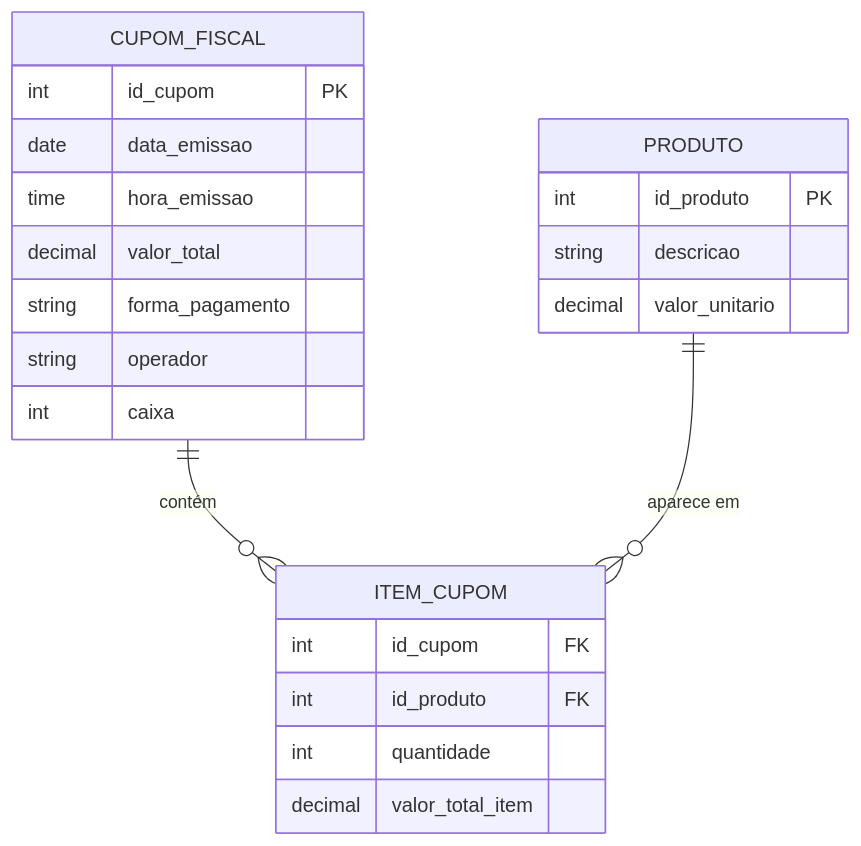
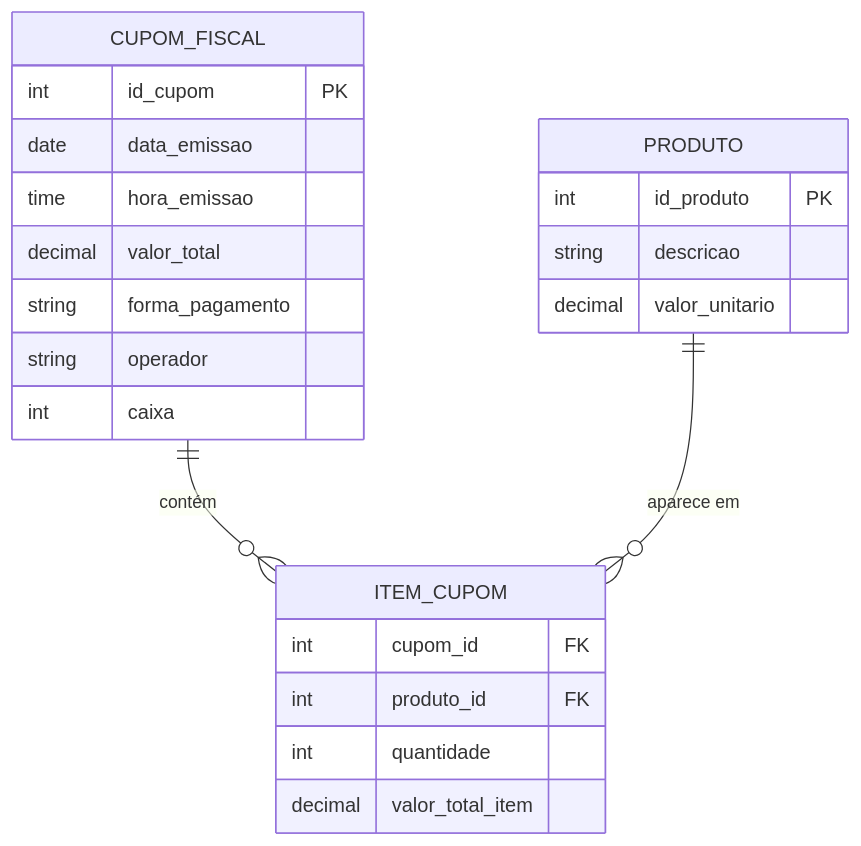
Before and after one commit to GTI-Fatec-Jahu/BDA-GTI-2026-2: diagram 14 of 15 in docs/aulas/Aula_02_Modelagem_Entidades.md, drawn with Mermaid. The commit also changed other lines of this file and 7 other files, not shown here.

````diff
--- a/docs/aulas/Aula_02_Modelagem_Entidades.md
+++ b/docs/aulas/Aula_02_Modelagem_Entidades.md
@@ -535,25 +535,25 @@
 ```mermaid
 erDiagram
     CUPOM_FISCAL {
         int id_cupom PK
         date data_emissao
         time hora_emissao
         decimal valor_total
         string forma_pagamento
         string operador
         int caixa
     }
     PRODUTO {
         int id_produto PK
         string descricao
         decimal valor_unitario
     }
     ITEM_CUPOM {
-        int id_cupom FK
-        int id_produto FK
+        int cupom_id FK
+        int produto_id FK
         int quantidade
         decimal valor_total_item
     }
     CUPOM_FISCAL ||--o{ ITEM_CUPOM : "contém"
     PRODUTO ||--o{ ITEM_CUPOM : "aparece em"
 ```
````
